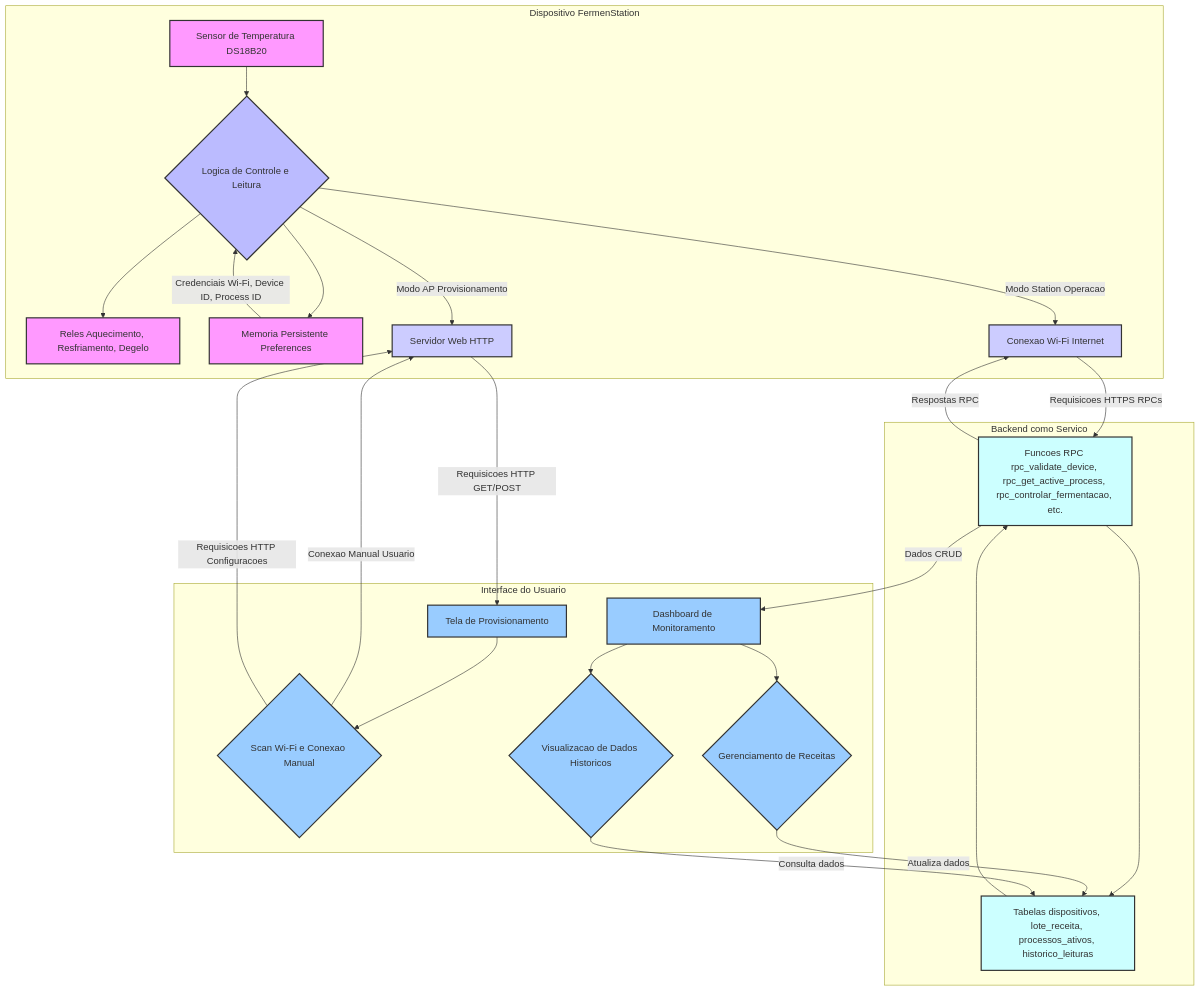
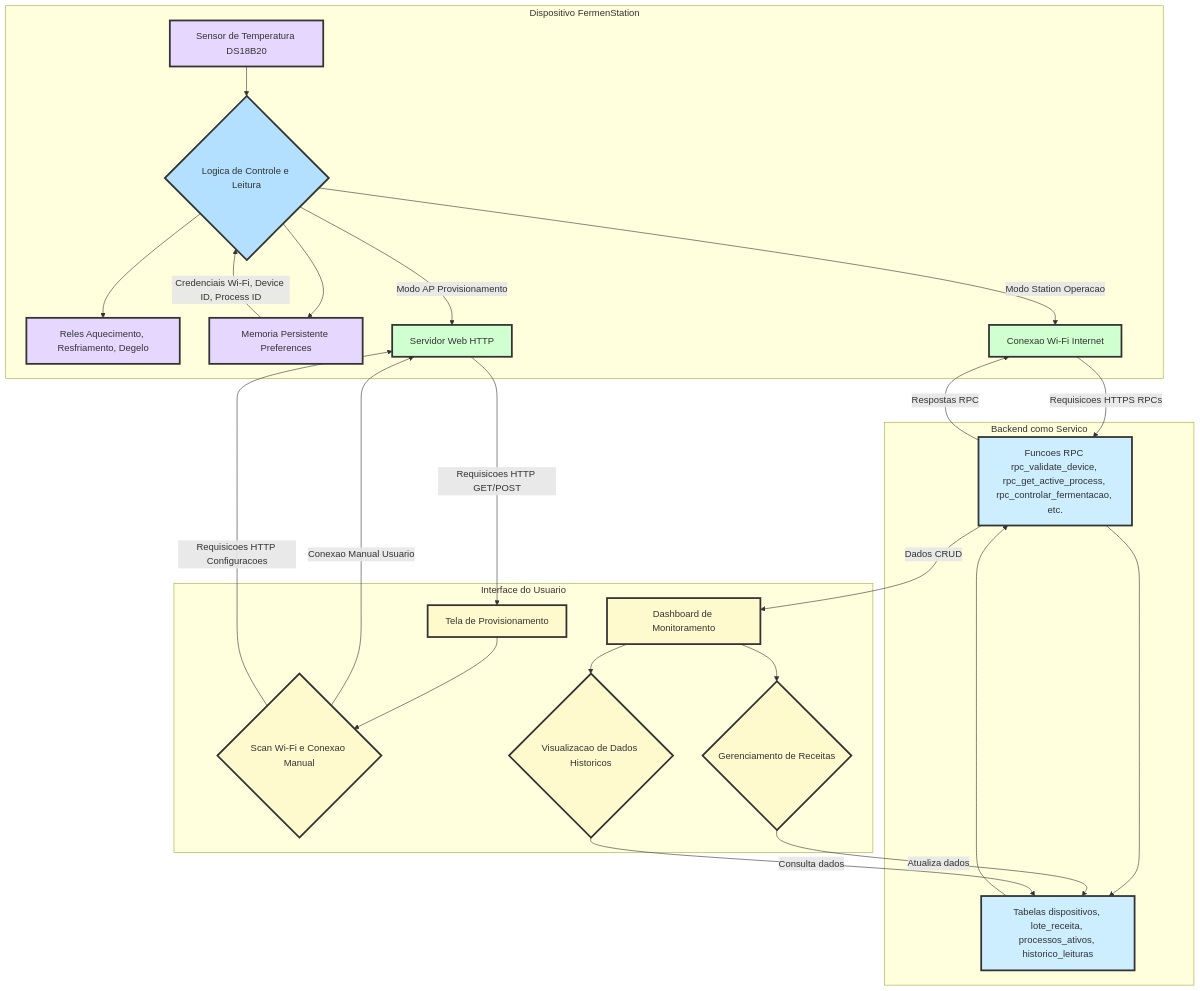
Before and after one commit to ChristopherNicolasSMM/FermenStation: the diagram in README.md, drawn with Mermaid. The commit also changed other lines of this file and 1 other file, not shown here.

````diff
--- a/README.md
+++ b/README.md
@@ -13,50 +13,52 @@
 ```mermaid
 
 flowchart TD
 
     subgraph ESP32 [Dispositivo FermenStation]
         A[Sensor de Temperatura DS18B20] --> B{Logica de Controle e Leitura};
         B --> C[Reles Aquecimento, Resfriamento, Degelo];
         B --> D[Memoria Persistente Preferences];
         D -- Credenciais Wi-Fi, Device ID, Process ID --> B;
         B -- Modo AP Provisionamento --> E[Servidor Web HTTP];
         B -- Modo Station Operacao --> F[Conexao Wi-Fi Internet];
     end
 
     subgraph FlutterFlow App [Interface do Usuario]
         G[Tela de Provisionamento] --> H{Scan Wi-Fi e Conexao Manual};
         H -- Conexao Manual Usuario --> E;
         H -- Requisicoes HTTP Configuracoes --> E;
         I[Dashboard de Monitoramento] --> J{Gerenciamento de Receitas};
         I --> K{Visualizacao de Dados Historicos};
     end
 
     subgraph Supabase [Backend como Servico]
         L[Tabelas dispositivos, lote_receita, processos_ativos, historico_leituras] --> M[Funcoes RPC rpc_validate_device, rpc_get_active_process, rpc_controlar_fermentacao, etc.];
         M --> L;
     end
 
     E -- Requisicoes HTTP GET/POST --> G;
     F -- Requisicoes HTTPS RPCs --> M;
     M -- Respostas RPC --> F;
     M -- Dados CRUD --> I;
     J -- Atualiza dados --> L;
     K -- Consulta dados --> L;
 
-    style A fill:#f9f,stroke:#333,stroke-width:2px
-    style B fill:#bbf,stroke:#333,stroke-width:2px
-    style C fill:#f9f,stroke:#333,stroke-width:2px
-    style D fill:#f9f,stroke:#333,stroke-width:2px
-    style E fill:#ccf,stroke:#333,stroke-width:2px
-    style F fill:#ccf,stroke:#333,stroke-width:2px
-    style G fill:#9cf,stroke:#333,stroke-width:2px
-    style H fill:#9cf,stroke:#333,stroke-width:2px
-    style I fill:#9cf,stroke:#333,stroke-width:2px
-    style J fill:#9cf,stroke:#333,stroke-width:2px
-    style K fill:#9cf,stroke:#333,stroke-width:2px
-    style L fill:#cff,stroke:#333,stroke-width:2px
-    style M fill:#cff,stroke:#333,stroke-width:2px
+    style A fill:#E6D7FF,stroke:#333,stroke-width:3px
+    style C fill:#E6D7FF,stroke:#333,stroke-width:3px
+    style D fill:#E6D7FF,stroke:#333,stroke-width:3px
 
+    style B fill:#B3E0FF,stroke:#333,stroke-width:3px
 
+    style E fill:#D0FFD0,stroke:#333,stroke-width:3px
+    style F fill:#D0FFD0,stroke:#333,stroke-width:3px
+
+    style G fill:#FFFACD,stroke:#333,stroke-width:3px
+    style H fill:#FFFACD,stroke:#333,stroke-width:3px
+    style I fill:#FFFACD,stroke:#333,stroke-width:3px
+    style J fill:#FFFACD,stroke:#333,stroke-width:3px
+    style K fill:#FFFACD,stroke:#333,stroke-width:3px
+
+    style L fill:#CCEEFF,stroke:#333,stroke-width:3px
+    style M fill:#CCEEFF,stroke:#333,stroke-width:3px
 
 ```
````
